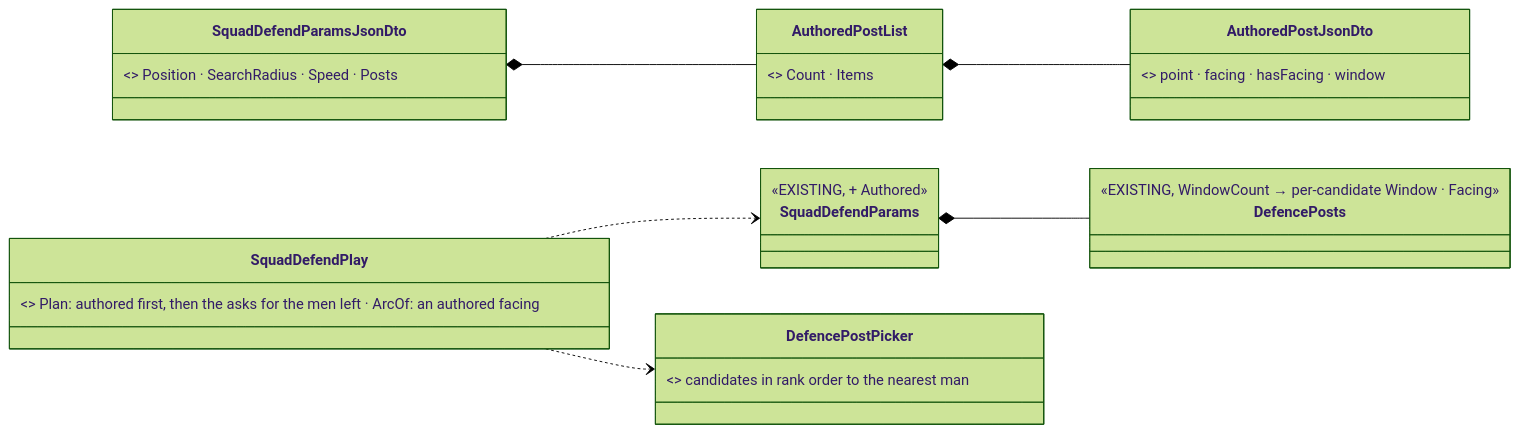
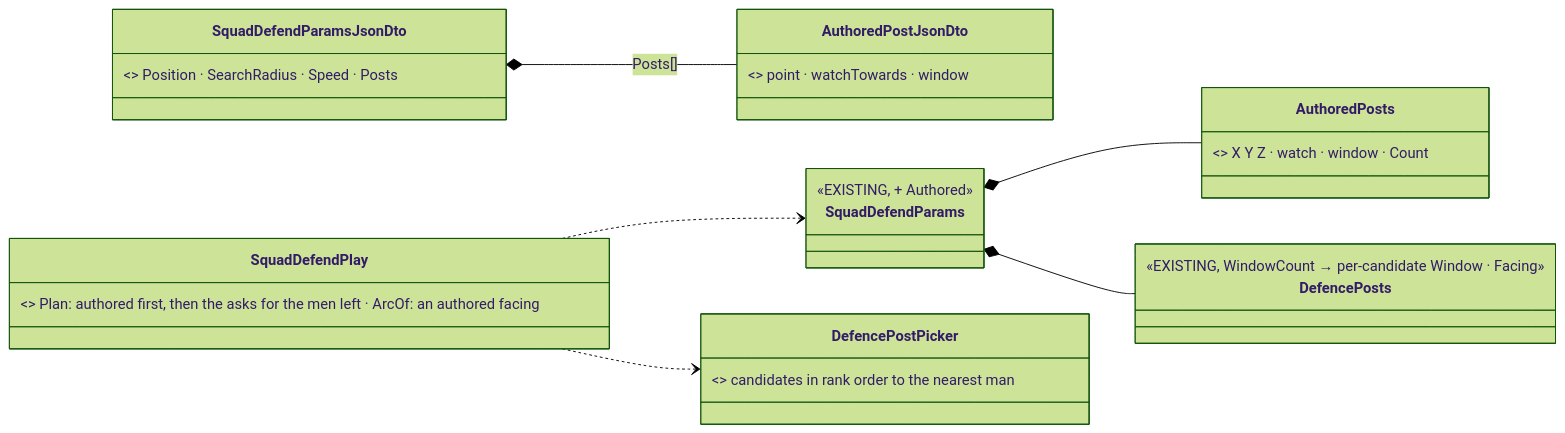
Diagram 19 of 30 in docs/designs/group-maneuvers/DESIGN_Defend_And_Attack_Position.md (pjanec/HROT), drawn with Mermaid (forest theme) before and after one commit. The commit also changed other lines of this file, not shown here.

First line of the commit message:
CE-2275 D-2f design corrected: the order carries a plain Posts array (DA-46)

````diff
--- a/docs/designs/group-maneuvers/DESIGN_Defend_And_Attack_Position.md
+++ b/docs/designs/group-maneuvers/DESIGN_Defend_And_Attack_Position.md
@@ -727,16 +728,16 @@
 ```mermaid
 classDiagram
   direction LR
   class SquadDefendParamsJsonDto { <<EXISTING, + Posts>> Position · SearchRadius · Speed · Posts }
-  class AuthoredPostList { <<NEW fixed list, 8>> Count · Items }
-  class AuthoredPostJsonDto { <<NEW>> point · facing · hasFacing · window }
+  class AuthoredPostJsonDto { <<NEW>> point · watchTowards · window }
+  class AuthoredPosts { <<NEW, in the order, 8>> X Y Z · watch · window · Count }
   class SquadDefendParams { <<EXISTING, + Authored>> }
   class DefencePosts { <<EXISTING, WindowCount → per-candidate Window · Facing>> }
   class SquadDefendPlay { <<EXISTING>> Plan: authored first, then the asks for the men left · ArcOf: an authored facing }
   class DefencePostPicker { <<EXISTING, unchanged>> candidates in rank order to the nearest man }
-  SquadDefendParamsJsonDto *-- AuthoredPostList
-  AuthoredPostList *-- AuthoredPostJsonDto
+  SquadDefendParamsJsonDto *-- AuthoredPostJsonDto : Posts[]
+  SquadDefendParams *-- AuthoredPosts
   SquadDefendPlay ..> SquadDefendParams
   SquadDefendParams *-- DefencePosts
   SquadDefendPlay ..> DefencePostPicker
 ```
````
